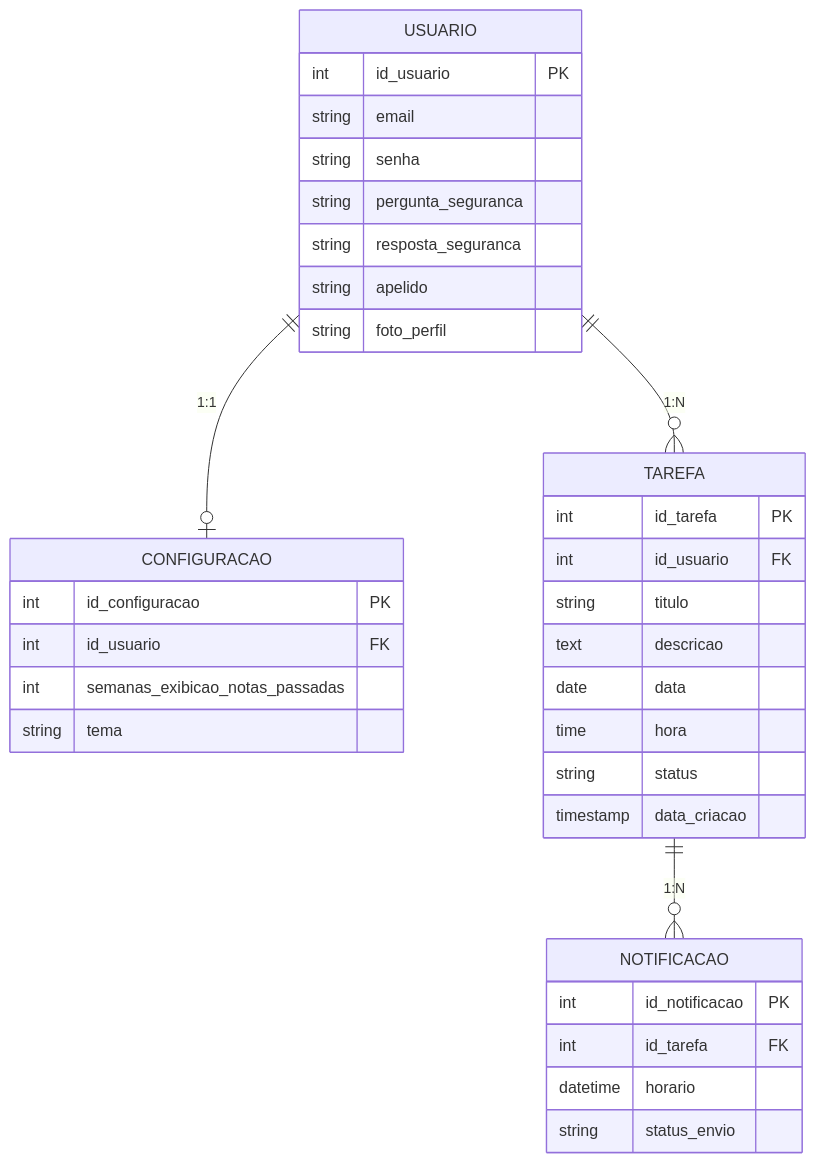
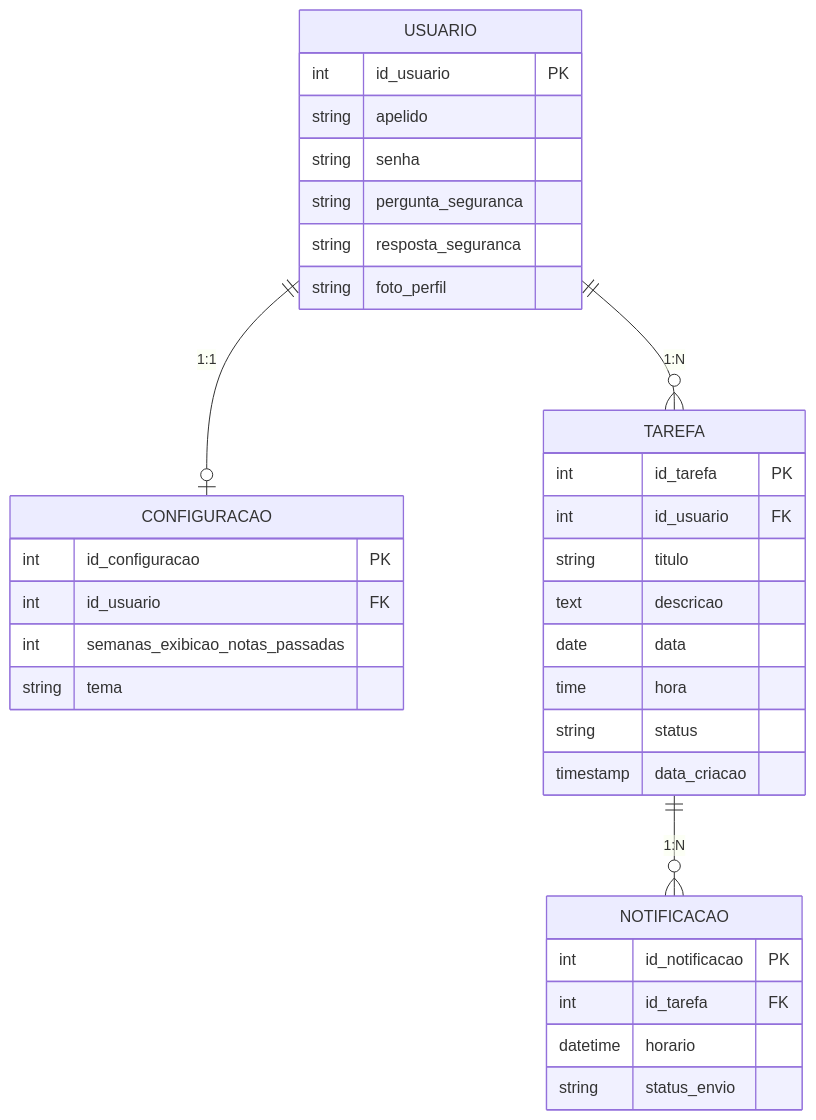
Before and after one commit to ricardoo-azevedo/Gerenciamento-de-Tarefas-Semanais: the diagram in Readme.md, drawn with Mermaid.

````diff
--- a/Readme.md
+++ b/Readme.md
@@ -3,43 +3,42 @@
 ```mermaid
 erDiagram
     USUARIO {
         int id_usuario PK
-        string email
+        string apelido
         string senha
         string pergunta_seguranca
         string resposta_seguranca
-        string apelido
         string foto_perfil
     }
     CONFIGURACAO {
         int id_configuracao PK
         int id_usuario FK
         int semanas_exibicao_notas_passadas
         string tema
     }
     TAREFA {
         int id_tarefa PK
         int id_usuario FK
         string titulo
         text descricao
         date data
         time hora
         string status
         timestamp data_criacao
     }
     NOTIFICACAO {
         int id_notificacao PK
         int id_tarefa FK
         datetime horario
         string status_envio
     }
 
     USUARIO ||--o| CONFIGURACAO : "1:1"
     USUARIO ||--o{ TAREFA : "1:N"
     TAREFA ||--o{ NOTIFICACAO : "1:N"
 
 
 
     
 
 ```
````
